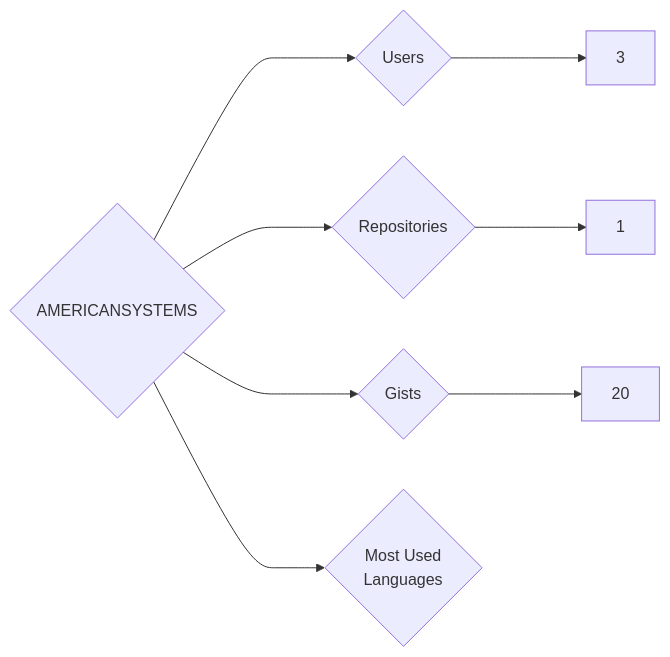
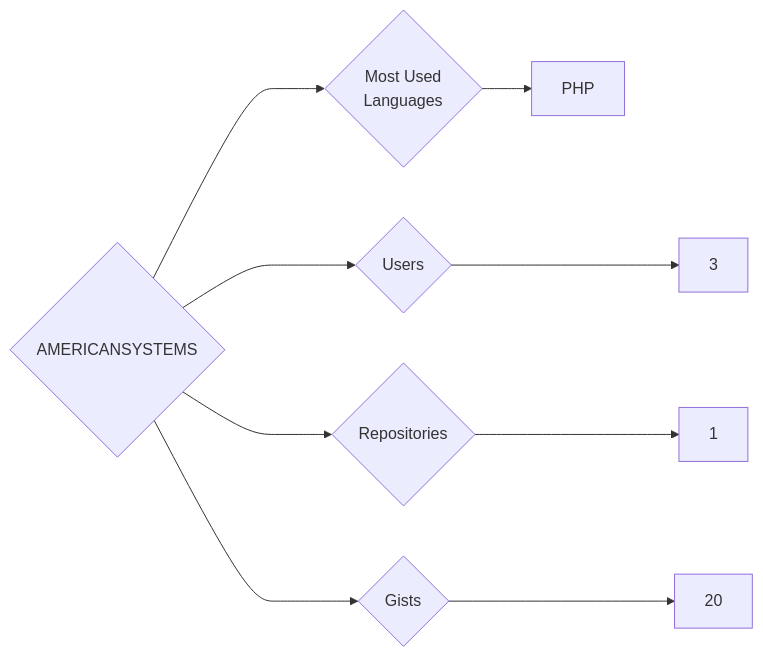
Before and after one commit to trickest/insiders: the diagram in targets/AMERICANSYSTEMS/README.md, drawn with Mermaid. The commit also changed 840 other files, not shown here.

````diff
--- a/targets/AMERICANSYSTEMS/README.md
+++ b/targets/AMERICANSYSTEMS/README.md
@@ -3,8 +3,9 @@
 ```mermaid
 graph LR
 COMPANY_NAME{AMERICANSYSTEMS}
 COMPANY_NAME ---> U{Users} ---> UN[3]
 COMPANY_NAME ---> R{Repositories} ---> RN[1]
 COMPANY_NAME ---> G{Gists} ---> GN[20]
 COMPANY_NAME ---> ML{Most Used<br>Languages}
+ML --> PHP[PHP]
 ```
````
